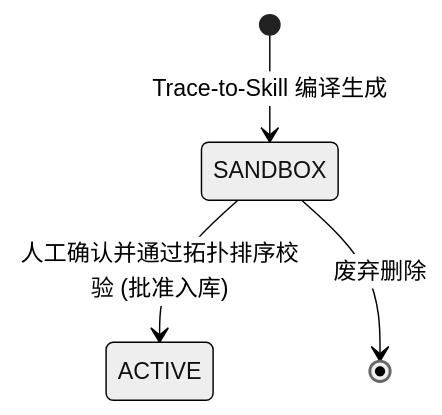
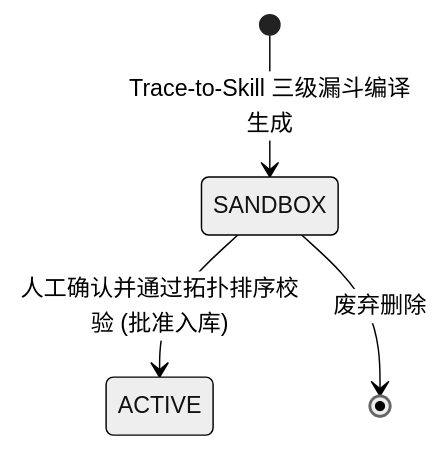
One commit to shanglihong/i-have-a-plan changed the third of 8 diagrams in docs/04_interaction_design/flow_state_spec-v1.0.md. Above: the diagram before and after it, drawn with Mermaid (neutral theme). The commit also changed other lines of this file, not shown here.

Commit message:
docs: update flow state design specification to version 1.0

````diff
--- a/docs/04_interaction_design/flow_state_spec-v1.0.md
+++ b/docs/04_interaction_design/flow_state_spec-v1.0.md
@@ -60,6 +60,6 @@
 ```mermaid
 stateDiagram-v2
-    [*] --> SANDBOX : Trace-to-Skill 编译生成
+    [*] --> SANDBOX : Trace-to-Skill 三级漏斗编译生成
     SANDBOX --> ACTIVE : 人工确认并通过拓扑排序校验 (批准入库)
     SANDBOX --> [*] : 废弃删除
 ```
````
